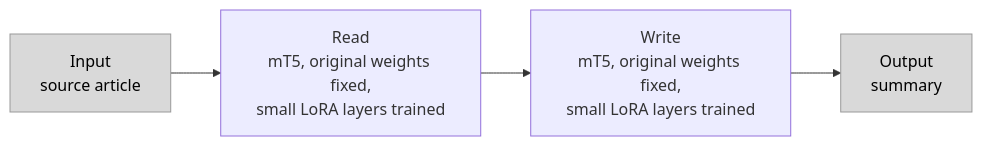
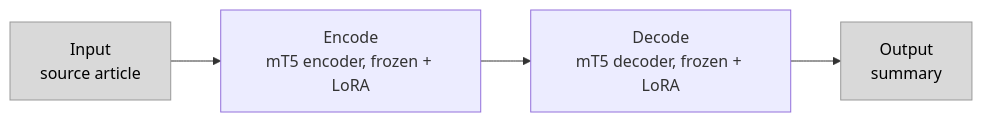
Before and after one commit to FatemaKotb/Comparing-Summarization-Models-on-CNN-DailyMail: the fourth of 5 diagrams in README.md, drawn with Mermaid. The commit also changed other lines of this file, not shown here.

````diff
--- a/README.md
+++ b/README.md
@@ -125,8 +118,8 @@
 ```mermaid
 flowchart LR
-    I[Input<br/>source article] --> E[Read<br/>mT5, original weights fixed,<br/>small LoRA layers trained]
-    E --> D[Write<br/>mT5, original weights fixed,<br/>small LoRA layers trained]
+    I[Input<br/>source article] --> E[Encode<br/>mT5 encoder, frozen + LoRA]
+    E --> D[Decode<br/>mT5 decoder, frozen + LoRA]
     D --> O[Output<br/>summary]
     classDef io fill:#d9d9d9,stroke:#999999,color:#000000
     class I,O io
 ```
````
